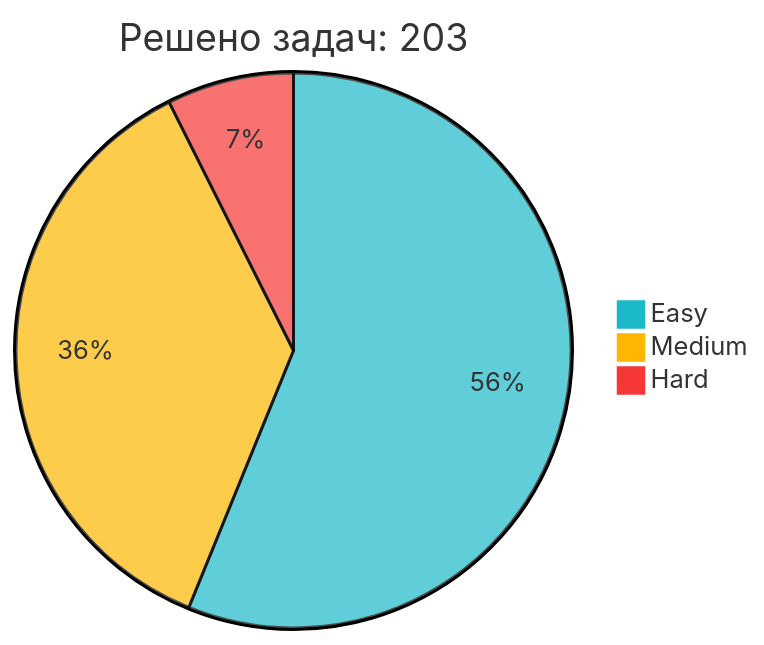
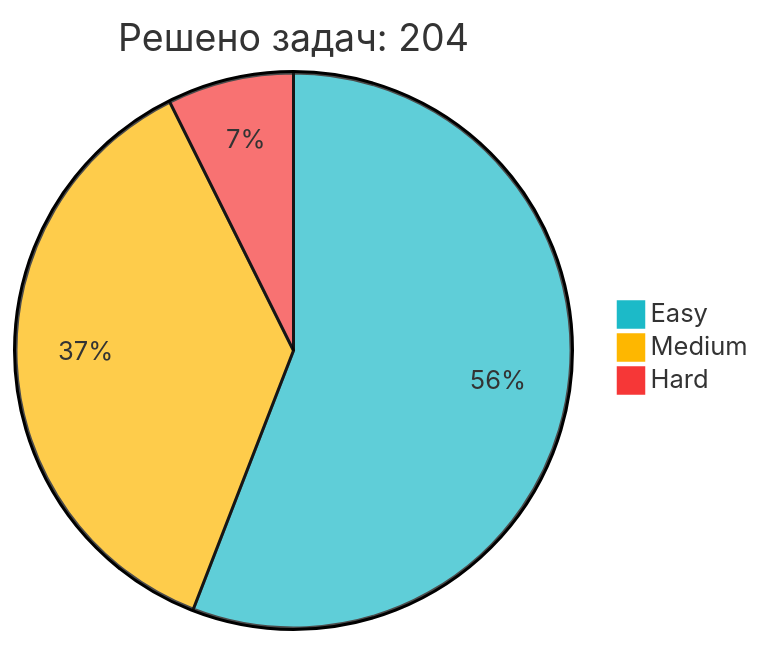
The diagram in README.md (IliaKurdukov/IliaKurdukov), drawn with Mermaid before and after one commit. The commit also changed other lines of this file, not shown here.

Commit message:
📈 Обновление статистики LeetCode

````diff
--- a/README.md
+++ b/README.md
@@ -51,7 +51,7 @@
 ```mermaid
 %%{init: {'theme': 'base', 'themeVariables': { 'pie1': '#1CBAC8', 'pie2': '#FEB700', 'pie3': '#F63737' }, 'config': {'width': 300, 'height': 200}}}%%
-pie title Решено задач: 203
+pie title Решено задач: 204
    "Easy" : 114
-   "Medium" : 74
+   "Medium" : 75
    "Hard" : 15
 ```
````
